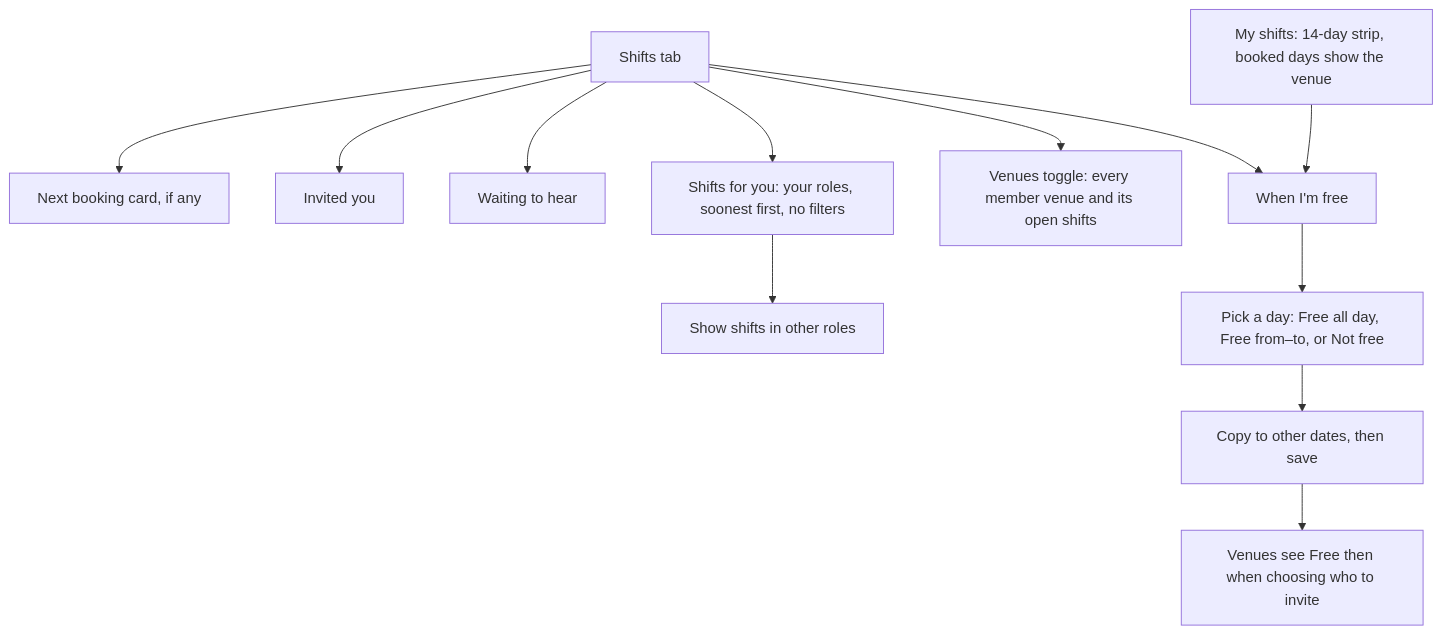
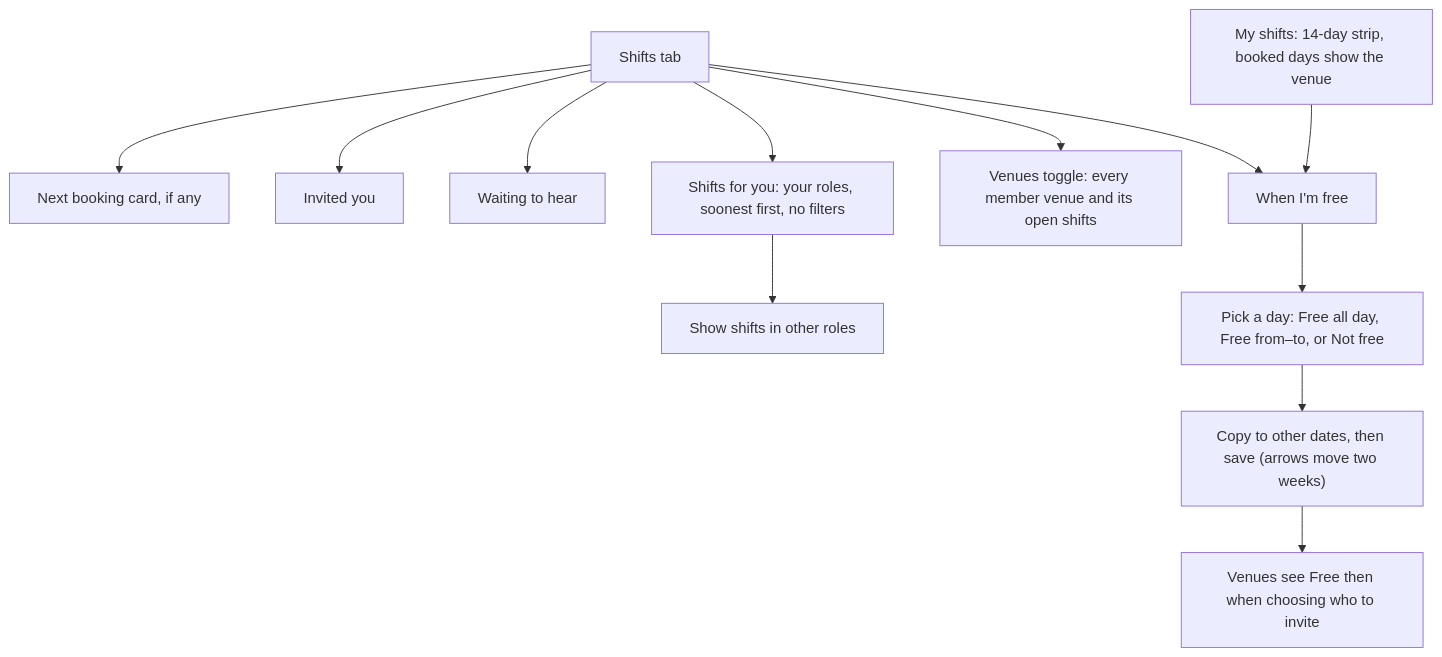
One commit to Envo-Entity/dyuknow changed the seventh of 10 diagrams in docs/MVP-preview-flowcharts.md. Above: the diagram before and after it, drawn with Mermaid. The commit also changed other lines of this file and 13 other files, not shown here.

````diff
--- a/docs/MVP-preview-flowcharts.md
+++ b/docs/MVP-preview-flowcharts.md
@@ -214,14 +214,14 @@
 ```mermaid
 flowchart TD
     T["Shifts tab"] --> NEXT["Next booking card, if any"]
     T --> INV["Invited you"]
     T --> WAIT["Waiting to hear"]
     T --> FEED["Shifts for you: your roles, soonest first, no filters"]
     FEED --> OTHER["Show shifts in other roles"]
     T --> VEN["Venues toggle: every member venue and its open shifts"]
     T --> FREE["When I'm free"]
     MS["My shifts: 14-day strip, booked days show the venue"] --> FREE
     FREE --> DAY["Pick a day: Free all day, Free from–to, or Not free"]
-    DAY --> COPY["Copy to other dates, then save"]
+    DAY --> COPY["Copy to other dates, then save (arrows move two weeks)"]
     COPY --> USE["Venues see Free then when choosing who to invite"]
 ```
````
